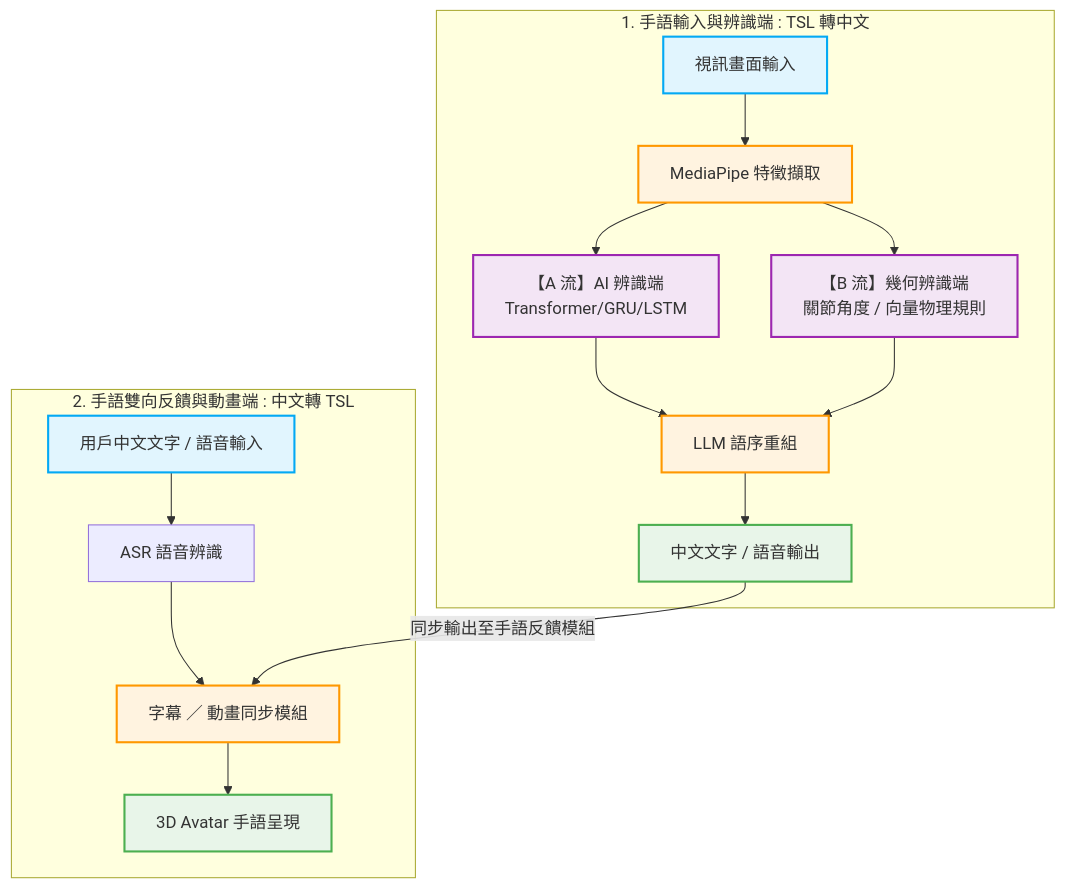
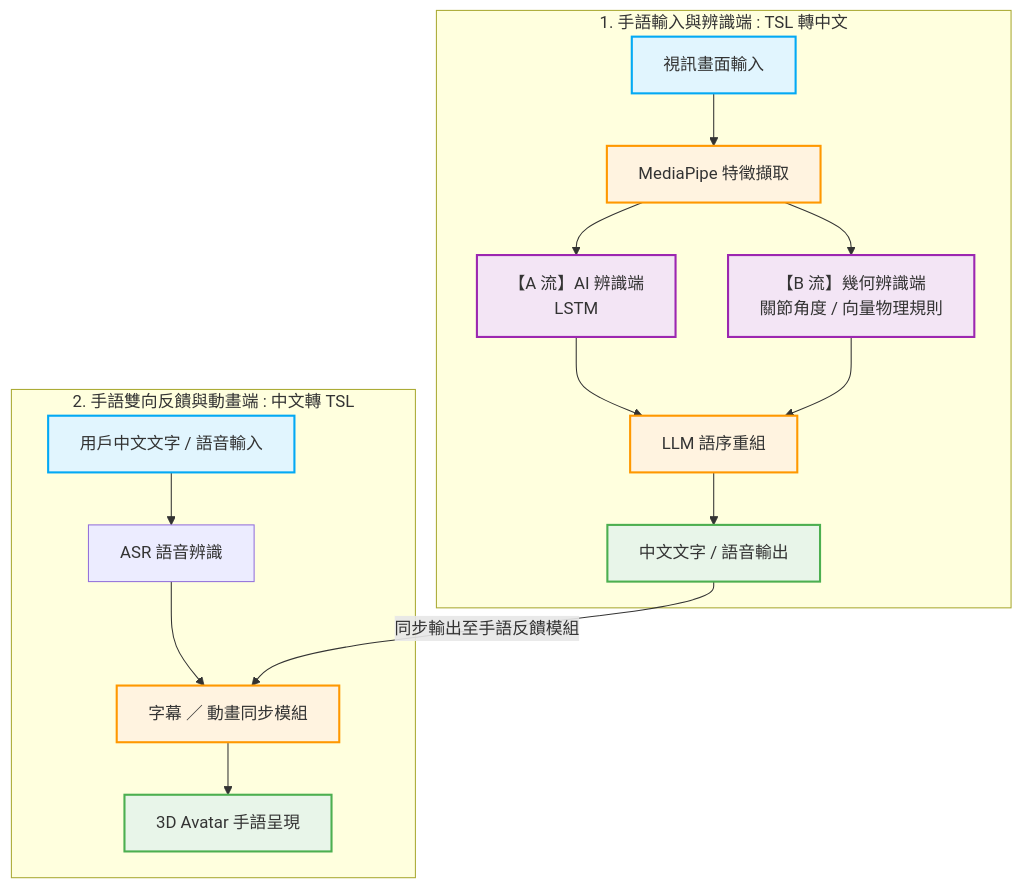
One commit to yiiiiiing0323/Sign-Language-interpreter changed the diagram in README.md. Above: the diagram before and after it, drawn with Mermaid. The commit also changed other lines of this file, not shown here.

````diff
--- a/README.md
+++ b/README.md
@@ -39,37 +39,37 @@
 ```mermaid
 graph TD
     %% 節點樣式定義
     classDef input fill:#e1f5fe,stroke:#03a9f4,stroke-width:2px;
     classDef core fill:#fff3e0,stroke:#ff9800,stroke-width:2px;
     classDef output fill:#e8f5e9,stroke:#4caf50,stroke-width:2px;
     classDef stream fill:#f3e5f5,stroke:#9c27b0,stroke-width:2px;
 
     %% 1. 手語輸入與辨識端
     subgraph TSL_to_Chinese ["1. 手語輸入與辨識端 : TSL 轉中文"]
         A["視訊畫面輸入"] --> B["MediaPipe 特徵擷取"]
-        B --> C1["【A 流】AI 辨識端<br>Transformer/GRU/LSTM "]
+        B --> C1["【A 流】AI 辨識端<br>LSTM "]
         B --> C2["【B 流】幾何辨識端<br>關節角度 / 向量物理規則"]
         C1 --> D["LLM 語序重組"]
         C2 --> D
         D --> E["中文文字 / 語音輸出"]
     end
 
     %% 2. 手語雙向反饋與動畫端
     subgraph Chinese_to_TSL ["2. 手語雙向反饋與動畫端 : 中文轉 TSL"]
         F["用戶中文文字 / 語音輸入"] --> G["ASR 語音辨識"]
         G --> H["字幕 ／ 動畫同步模組"]
         E -->|同步輸出至手語反饋模組| H
         H --> I["3D Avatar 手語呈現"]
     end
 
     %% 套用樣式表
     class A,F input;
     class B,D,H core;
     class E,I output;
     class C1,C2 stream;
     %% 套用樣式表
     class A,F input;
     class B,D,H core;
     class E,I output;
     class C1,C2 stream;
 ```
````
